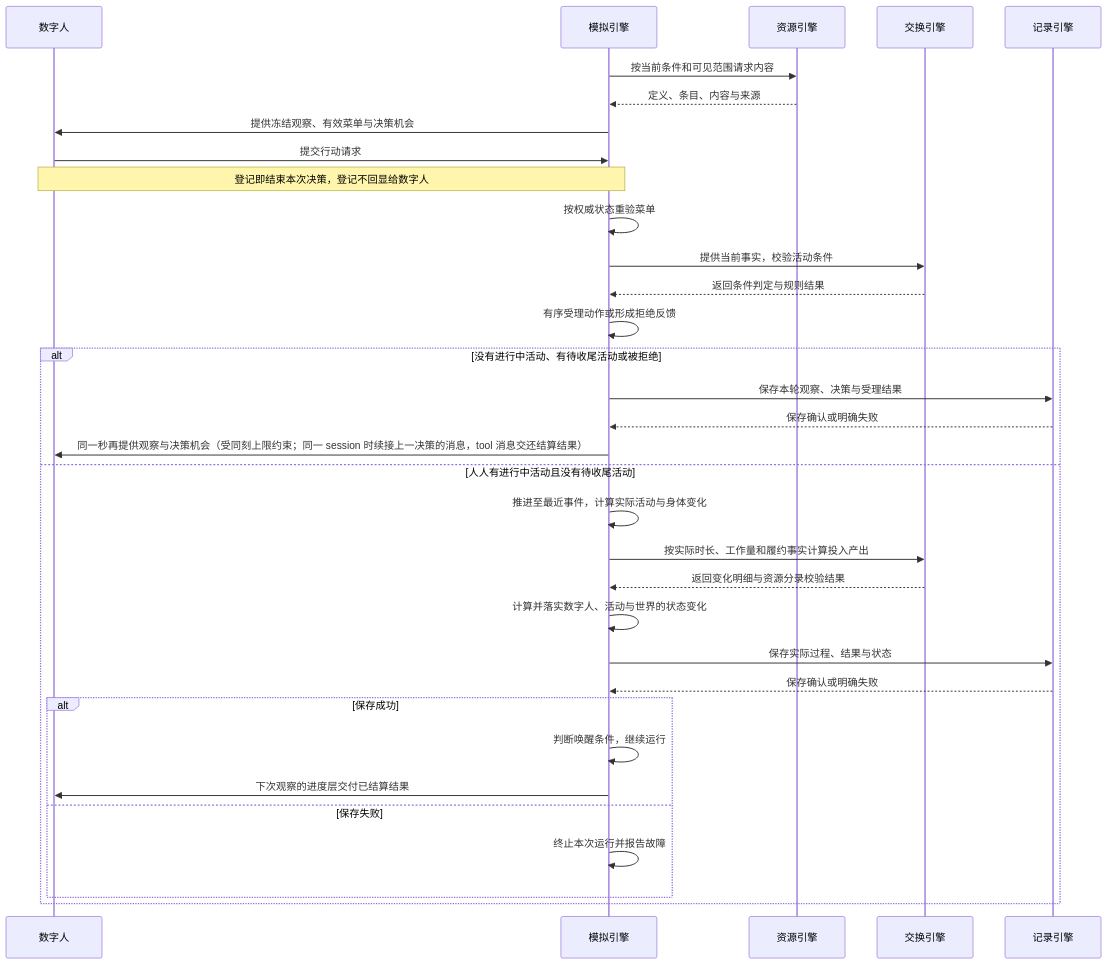
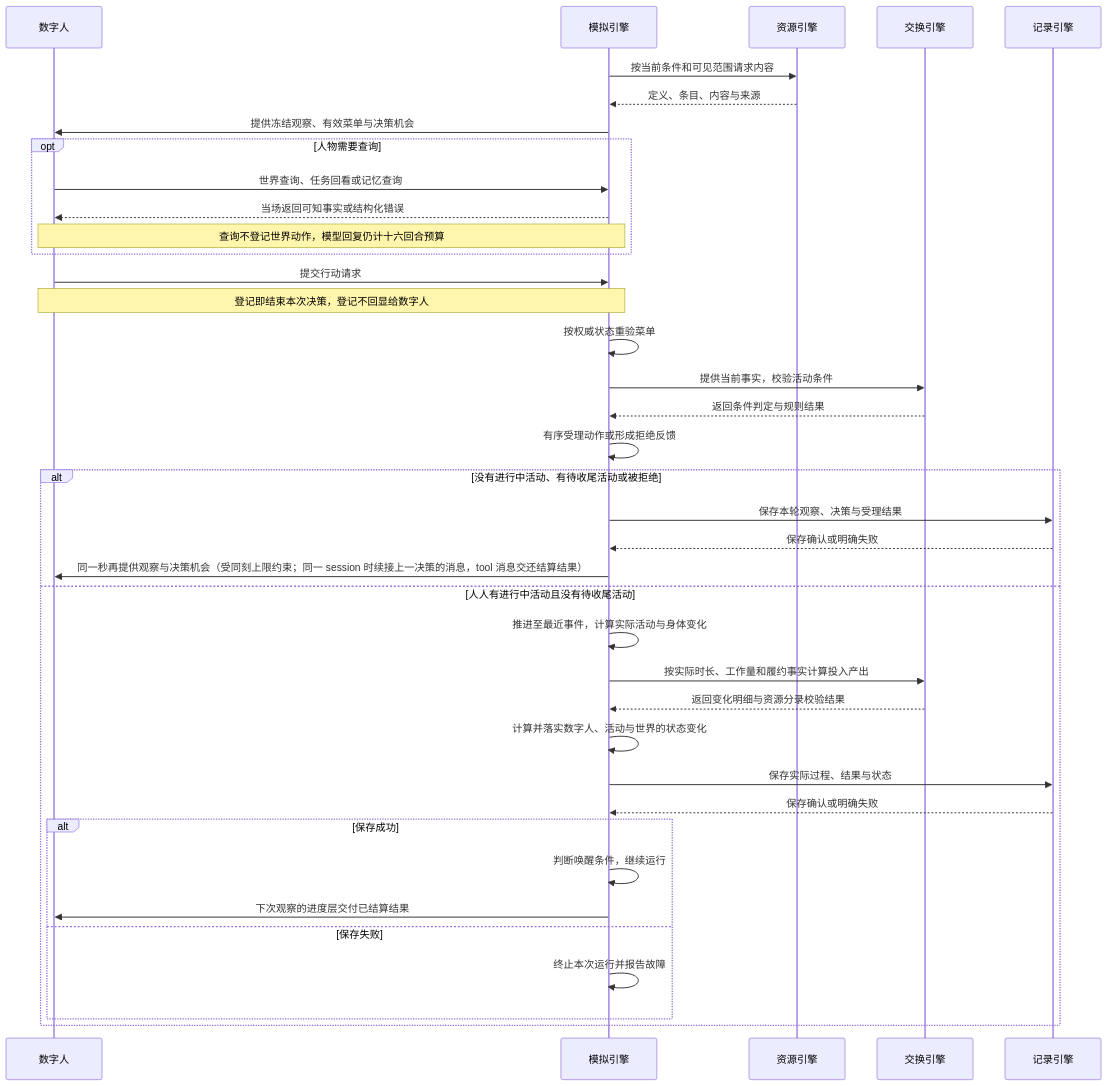
The fourth of 8 diagrams in docs/design/01-architecture.md (HoldThatThgt/WorldMock), drawn with Mermaid before and after one commit. The commit also changed other lines of this file and 266 other files, not shown here.

````diff
--- a/docs/design/01-architecture.md
+++ b/docs/design/01-architecture.md
@@ -165,35 +173,40 @@
 ```mermaid
 sequenceDiagram
     participant A as 数字人
     participant S as 模拟引擎
     participant R as 资源引擎
     participant X as 交换引擎
     participant F as 记录引擎
     S->>R: 按当前条件和可见范围请求内容
     R-->>S: 定义、条目、内容与来源
     S->>A: 提供冻结观察、有效菜单与决策机会
+    opt 人物需要查询
+        A->>S: 世界查询、任务回看或记忆查询
+        S-->>A: 当场返回可知事实或结构化错误
+        Note over A,S: 查询不登记世界动作，模型回复仍计十六回合预算
+    end
     A->>S: 提交行动请求
     Note over A,S: 登记即结束本次决策，登记不回显给数字人
     S->>S: 按权威状态重验菜单
     S->>X: 提供当前事实，校验活动条件
     X-->>S: 返回条件判定与规则结果
     S->>S: 有序受理动作或形成拒绝反馈
     alt 没有进行中活动、有待收尾活动或被拒绝
         S->>F: 保存本轮观察、决策与受理结果
         F-->>S: 保存确认或明确失败
         S->>A: 同一秒再提供观察与决策机会（受同刻上限约束；同一 session 时续接上一决策的消息，tool 消息交还结算结果）
     else 人人有进行中活动且没有待收尾活动
         S->>S: 推进至最近事件，计算实际活动与身体变化
         S->>X: 按实际时长、工作量和履约事实计算投入产出
         X-->>S: 返回变化明细与资源分录校验结果
         S->>S: 计算并落实数字人、活动与世界的状态变化
         S->>F: 保存实际过程、结果与状态
         F-->>S: 保存确认或明确失败
         alt 保存成功
             S->>S: 判断唤醒条件，继续运行
             S->>A: 下次观察的进度层交付已结算结果
         else 保存失败
             S->>S: 终止本次运行并报告故障
         end
     end
 ```
````
